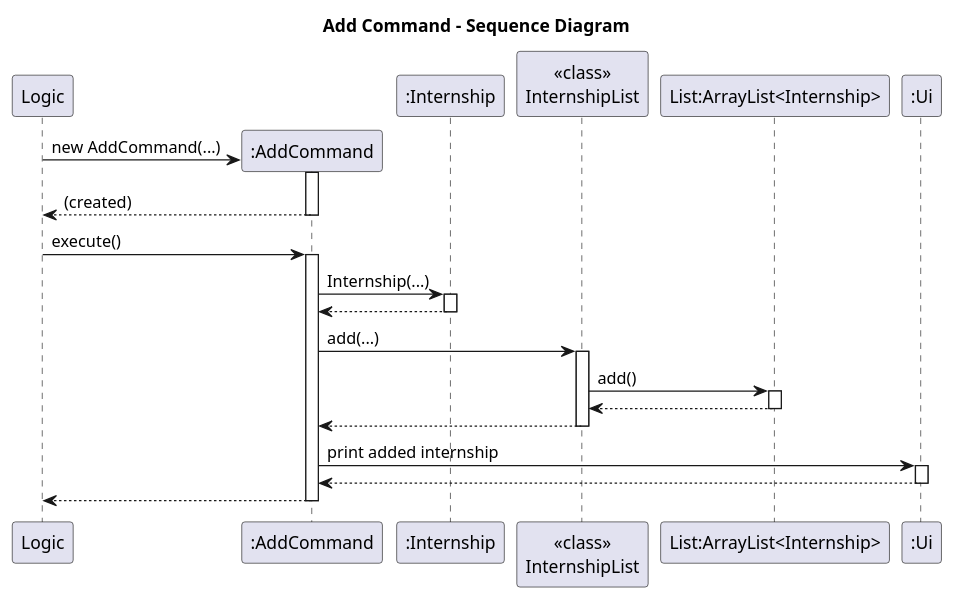
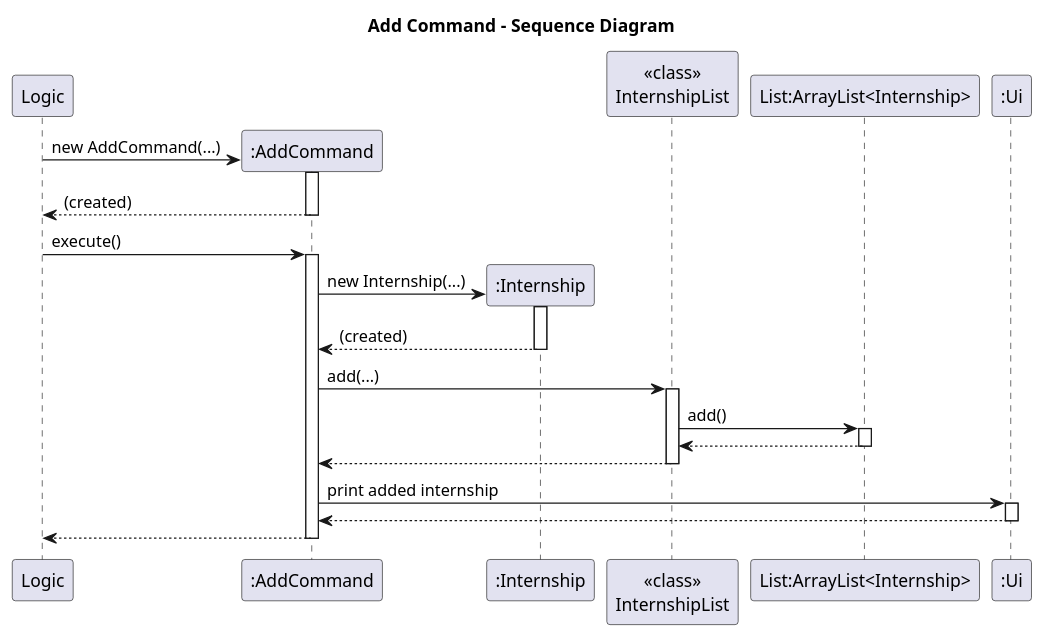
One commit to AY2526S1-CS2113-W14-4/tp changed the diagram in docs/diagrams/AddCommandSD.puml. Above: the diagram before and after it, drawn with PlantUML.

Commit message:
Fix Internship object as created

```diff
--- a/docs/diagrams/AddCommandSD.puml
+++ b/docs/diagrams/AddCommandSD.puml
@@ -1,40 +1,40 @@
 @startuml
 title Add Command - Sequence Diagram
 
 participant Logic
 participant ":AddCommand" as AC
 participant ":Internship" as IN
 participant "<<class>>\nInternshipList" as IL
 participant "List:ArrayList<Internship>" as LI
 participant ":Ui" as Ui
 
 Logic -> AC**: new AddCommand(...)
 activate AC
 return (created)
 
 Logic -> AC: execute()
 activate AC
 
-AC -> IN: Internship(...)
+AC -> IN**: new Internship(...)
 activate IN
-IN --> AC
+IN --> AC: (created)
 deactivate IN
 
 AC -> IL: add(...)
 activate IL
 IL -> LI: add()
 activate LI
 LI --> IL
 deactivate LI
 IL --> AC
 deactivate IL
 
 AC -> Ui: print added internship
 activate Ui
 Ui --> AC
 deactivate Ui
 
 AC --> Logic
 deactivate AC
 
 @enduml
```
